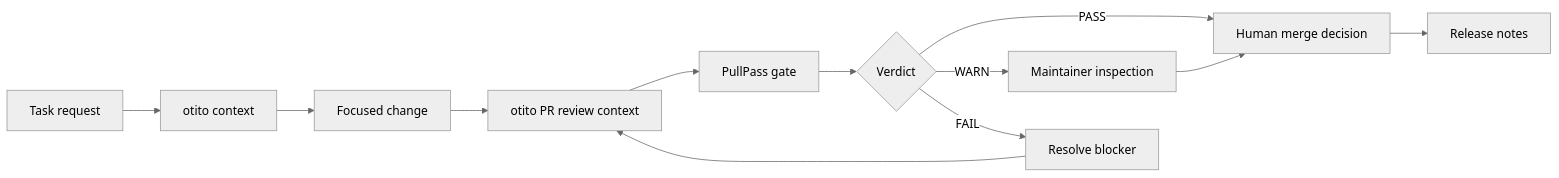
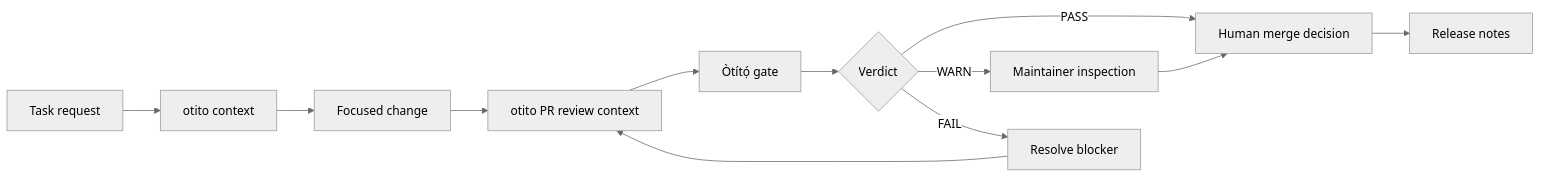
The diagram in docs/05-trust-layer-demo/README.md (BASHBOP/otito), drawn with Mermaid (neutral theme) before and after one commit. The commit also changed other lines of this file and 12 other files, not shown here.

````diff
--- a/docs/05-trust-layer-demo/README.md
+++ b/docs/05-trust-layer-demo/README.md
@@ -136,14 +136,14 @@
 ```mermaid
 flowchart LR
     A[Task request] --> B[otito context]
     B --> C[Focused change]
     C --> D[otito PR review context]
-    D --> E[PullPass gate]
+    D --> E[Òtítọ́ gate]
     E --> F{Verdict}
     F -->|PASS| G[Human merge decision]
     F -->|WARN| H[Maintainer inspection]
     F -->|FAIL| I[Resolve blocker]
     H --> G
     I --> D
     G --> J[Release notes]
 ```
````
